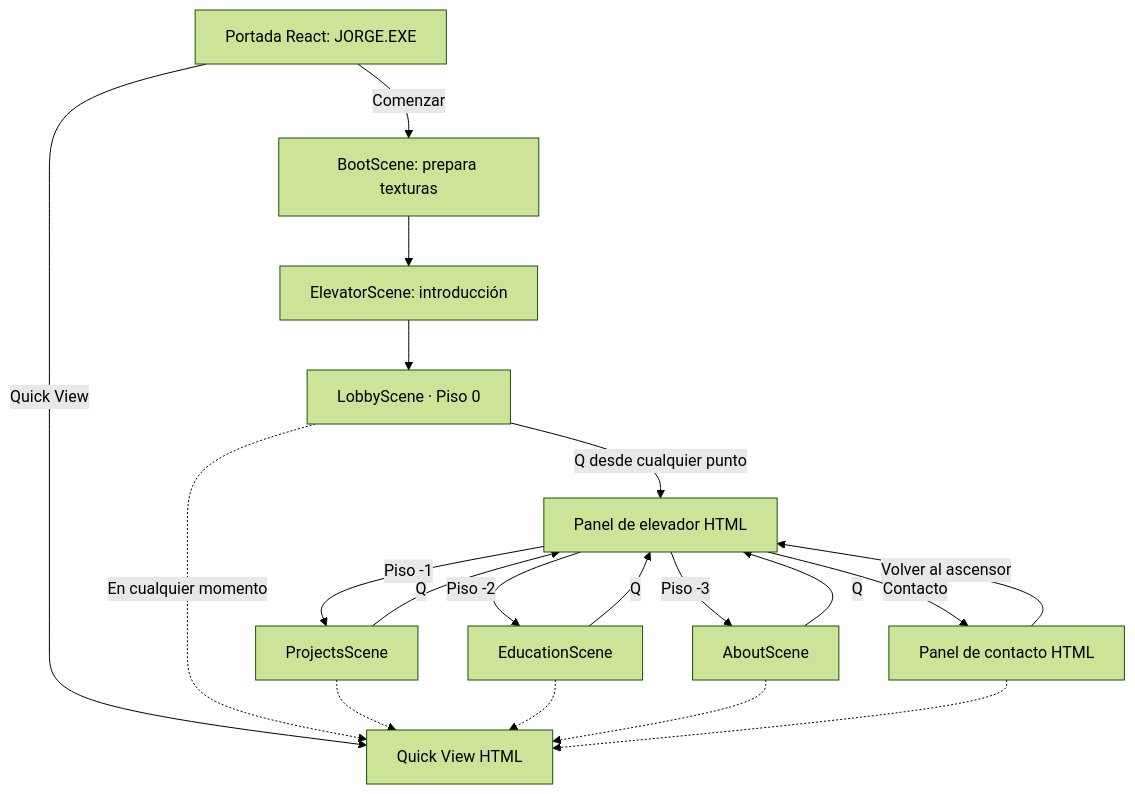
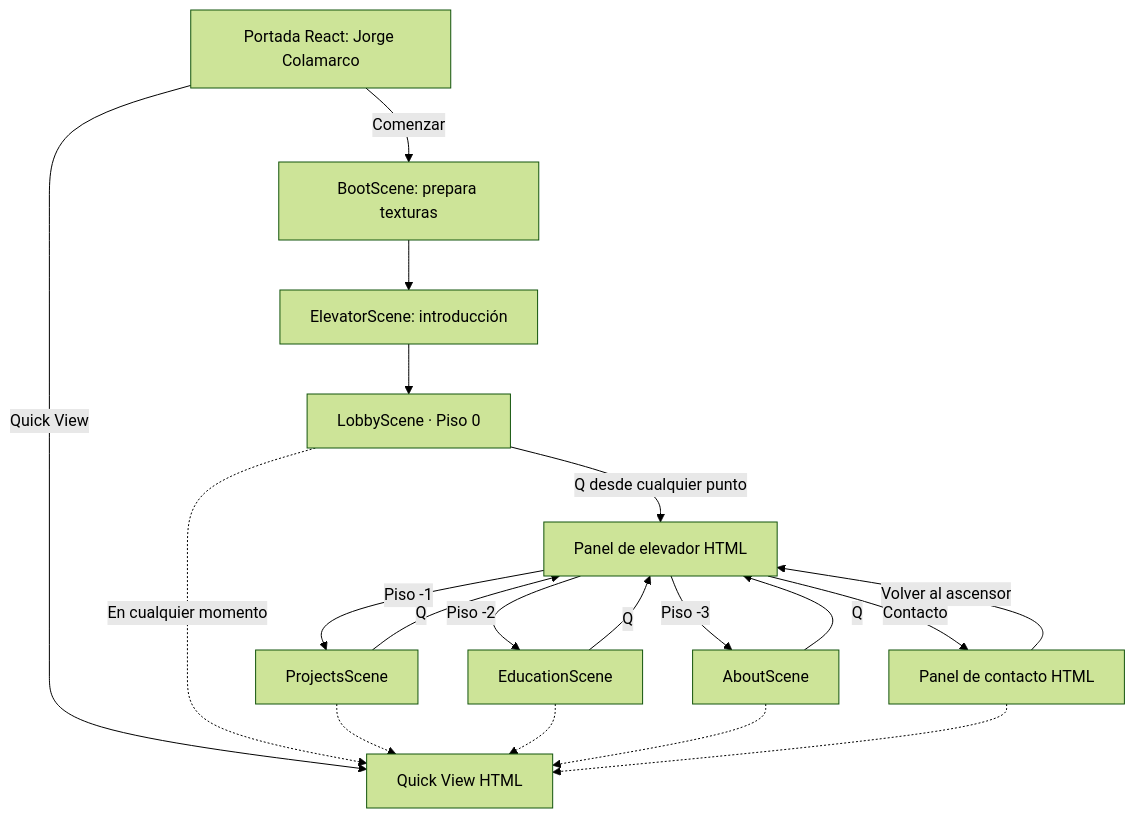
Before and after one commit to jorcolito/Portafolio: the first of 2 diagrams in docs/GAME_DESIGN_DOCUMENT.md, drawn with Mermaid (forest theme). The commit also changed other lines of this file and 52 other files, not shown here.

````diff
--- a/docs/GAME_DESIGN_DOCUMENT.md
+++ b/docs/GAME_DESIGN_DOCUMENT.md
@@ -29,21 +29,21 @@
 ```mermaid
 flowchart TD
-  A["Portada React: JORGE.EXE"] -->|Comenzar| B["BootScene: prepara texturas"]
+  A["Portada React: Jorge Colamarco"] -->|Comenzar| B["BootScene: prepara texturas"]
   A -->|Quick View| Q["Quick View HTML"]
   B --> C["ElevatorScene: introducción"]
   C --> L["LobbyScene · Piso 0"]
   L -->|Q desde cualquier punto| E["Panel de elevador HTML"]
   E -->|Piso -1| P["ProjectsScene"]
   E -->|Piso -2| D["EducationScene"]
   E -->|Piso -3| S["AboutScene"]
   E -->|Contacto| T["Panel de contacto HTML"]
   P -->|Q| E
   D -->|Q| E
   S -->|Q| E
   T -->|Volver al ascensor| E
   L -.->|En cualquier momento| Q
   P -.-> Q
   D -.-> Q
   S -.-> Q
   T -.-> Q
 ```
````
